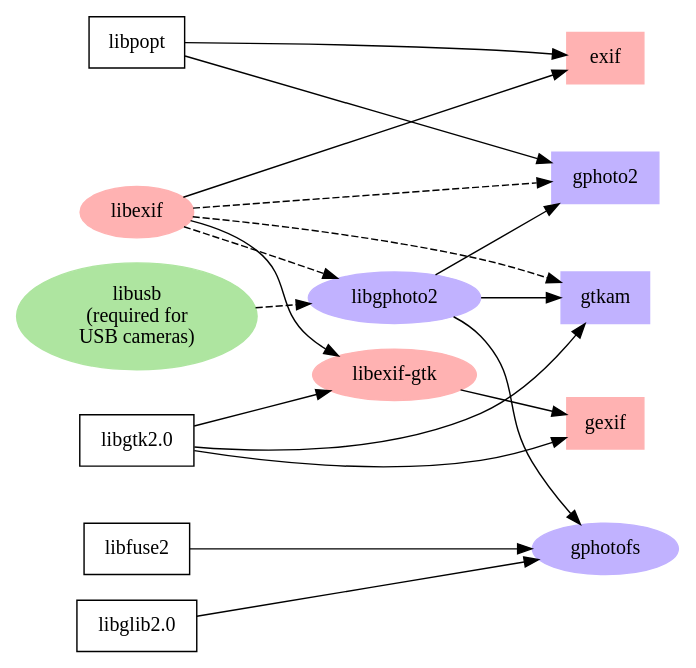
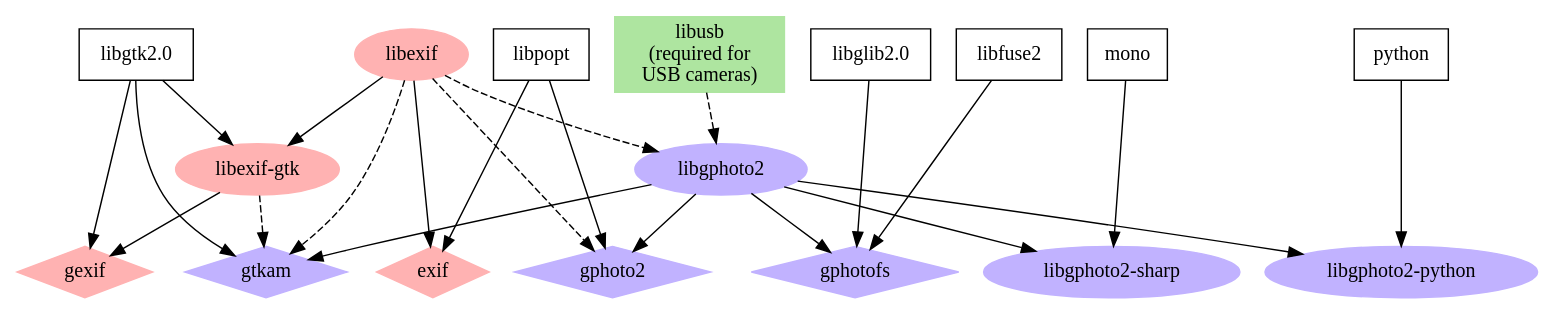
One commit to rajbot/gphoto changed the diagram in gphoto2-manual/src/figures/software-dependencies.dot. Above: the diagram before and after it, drawn with Graphviz.

Commit message:
update software dep graph

```diff
--- a/gphoto2-manual/src/figures/software-dependencies.dot
+++ b/gphoto2-manual/src/figures/software-dependencies.dot
@@ -1,77 +1,109 @@
 /* software-dependencies.dot
  * dependency graph of the software from the gphoto and libexif
  * projects
  */
 
 digraph "software dependencies" {
 
-	rankdir=LR;
+	/* rankdir=LR; */
 
-	/* end user programs (frontends) */
+	/* edges:
+	 * dashed edges denote optional stuff
+ 	 */
+
+
+	subgraph libexifstuff {
+		/* software from the libexif project */
+		node[style=filled, color=".0 .3 1.0"];
+		libexif;
+		libexifgtk[label="libexif-gtk"];
+
+		{
+			rank=same;
+			node[shape="diamond"];
+			exif;
+			gexif;
+		}
+
+		libexifgtk -> gexif;
+		libexif -> libexifgtk;
+		libexif -> exif;
+		label="libexif software";
+		style=filled;
+		color=lightgrey;
+	}
+
+	subgraph gphotostuff {
+		/* software from the gphoto project */
+		/* colors */
+		node[style=filled,color=".7 .3 1.0"];
+		{
+			rank=same;
+			node[shape="diamond"];
+			gphoto2; gphotofs; gtkam;
+		}
+		libgphoto2;
+		libgphoto2sharp;
+		libgphoto2python;
+
+		libgphoto2 -> gphotofs;
+		libgphoto2 -> gtkam;
+		libgphoto2 -> gphoto2;
+		libgphoto2 -> libgphoto2sharp;
+		libgphoto2 -> libgphoto2python;
+
+		libgphoto2sharp[label="libgphoto2-sharp"];
+		libgphoto2python[label="libgphoto2-python"];
+
+		color=blue;
+		label="gphoto software";
+	}
+
+
+	/* external dependencies */
+	{
+		rank=same;
+		node[shape=polygon,skew=0];
+		libgtk[label="libgtk2.0"];
+		libglib[label="libglib2.0"];
+		libfuse[label="libfuse2"];
+		libusb[label="libusb\n(required for\nUSB cameras)"];
+		libusb[style=filled,color=".3 .3 .9"];
+		libpopt;
+		python;
+		mono;
+	}
+	
+
+	/* edges */
+	libgtk -> gexif;
+	libgtk -> libexifgtk;
+
+	libexif -> gtkam [style=dashed];
+
+	libexif -> gphoto2 [style=dashed];
+
+	libgtk -> gtkam;
+	libexif -> libgphoto2 [style=dashed];
+	libusb -> libgphoto2 [style=dashed];
+	libexifgtk -> gtkam [style=dashed];
+
+	libglib -> gphotofs;
+	libfuse -> gphotofs;
+
+	libpopt -> exif;
+	libpopt -> gphoto2;
+
+	python -> libgphoto2python;
+	mono -> libgphoto2sharp;
+
+	/* end user programs (frontends)
 	{
 		rank=same;
 		node [shape=box];
 		gphoto2;gtkam;
 		exif;gexif;
 	}
-
-	/* external libraries */
-	{
-		rank=same;
-		node [shape=polygon,skew=0];
-		libgtk; libpopt; libglib; libfuse;
-	}
+	*/
 	
-	/* colors */
-
-	/* software from gphoto project */
-	gphoto2 [style=filled,color=".7 .3 1.0"];
-	gphotofs [style=filled,color=".7 .3 1.0"];
-	gtkam [style=filled,color=".7 .3 1.0"];
-	libgphoto2 [style=filled,color=".7 .3 1.0"];
-
-	/* software from libexif project */
-	exif [style=filled,color=".0 .3 1.0"];
-	gexif [style=filled,color=".0 .3 1.0"];
-	libexif [style=filled,color=".0 .3 1.0"];
-	/* obsolete libmnote [style=filled,color=".0 .3 1.0"]; */
-	libexifgtk [style=filled,color=".0 .3 1.0"];
-
-	/* naming */
-	libexifgtk [label="libexif-gtk"];
-	libgtk [label="libgtk2.0"];
-	libglib [label="libglib2.0"];
-	libfuse [label="libfuse2"];
-	libusb [label="libusb\n(required for\nUSB cameras)"];
-	
-	/* software from libusb project */
-	libusb [style=filled,color=".3 .3 .9"];
-
-	/* edges */
-	/* dashed edges denote optional stuff */
-	libgtk -> gexif;
-	libexifgtk -> gexif;
-
-	/* obsolete libmnote -> libexif [style=dashed]; */
-
-	libgtk -> libexifgtk;
-	libexif -> libexifgtk;
-
-	libpopt -> exif;
-	libexif -> exif;
-
-	libexif -> libgphoto2 [style=dashed];
-	libusb -> libgphoto2 [style=dashed];
-
-	libexif -> gtkam [style=dashed];
-	libgtk -> gtkam;
-	libgphoto2 -> gtkam;
-
-	libglib -> gphotofs;
-	libfuse -> gphotofs;
-	libgphoto2 -> gphotofs;
-
-	libpopt -> gphoto2;
-	libexif -> gphoto2 [style=dashed];
-	libgphoto2 -> gphoto2;
 }
```
